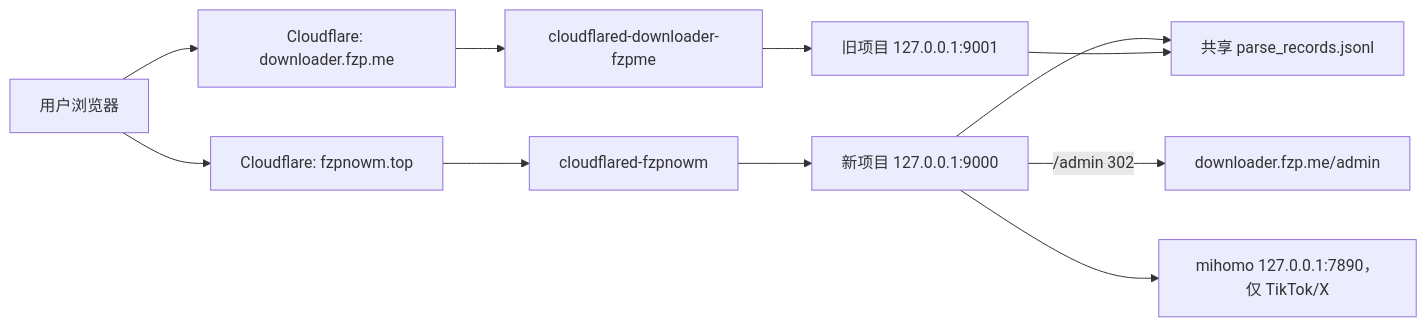
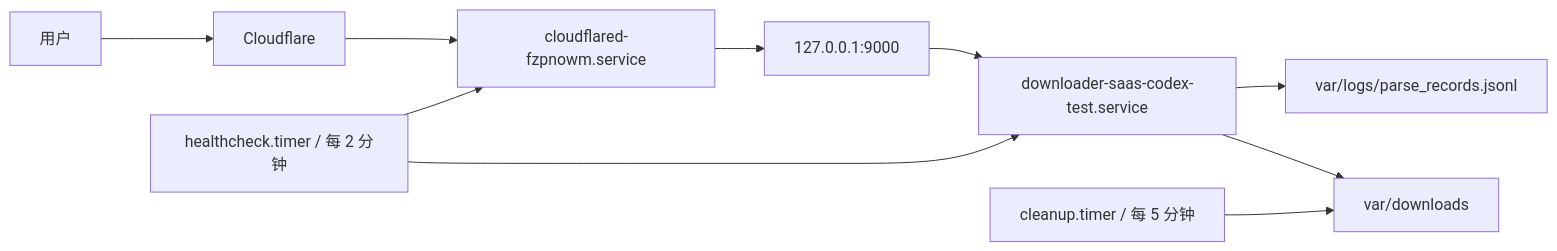
One commit to f3271174706-tech/SalaryMeow-Downloader changed the diagram in docs/HANDOVER.md. Above: the diagram before and after it, drawn with Mermaid. The commit also changed other lines of this file and 3 other files, not shown here.

````diff
--- a/docs/HANDOVER.md
+++ b/docs/HANDOVER.md
@@ -30,13 +19,12 @@
 ```mermaid
 flowchart LR
-    U["用户浏览器"] --> CF1["Cloudflare: fzpnowm.top"]
-    U --> CF2["Cloudflare: downloader.fzp.me"]
-    CF1 --> T1["cloudflared-fzpnowm"]
-    CF2 --> T2["cloudflared-downloader-fzpme"]
-    T1 --> N["新项目 127.0.0.1:9000"]
-    T2 --> O["旧项目 127.0.0.1:9001"]
-    N --> R["共享 parse_records.jsonl"]
-    O --> R
-    N -->|"/admin 302"| A["downloader.fzp.me/admin"]
-    N --> P["mihomo 127.0.0.1:7890，仅 TikTok/X"]
+    U["用户"] --> C["Cloudflare"]
+    C --> T["cloudflared-fzpnowm.service"]
+    T --> A["127.0.0.1:9000"]
+    A --> P["downloader-saas-codex-test.service"]
+    P --> R["var/logs/parse_records.jsonl"]
+    P --> D["var/downloads"]
+    H["healthcheck.timer / 每 2 分钟"] --> P
+    H --> T
+    K["cleanup.timer / 每 5 分钟"] --> D
 ```
````
